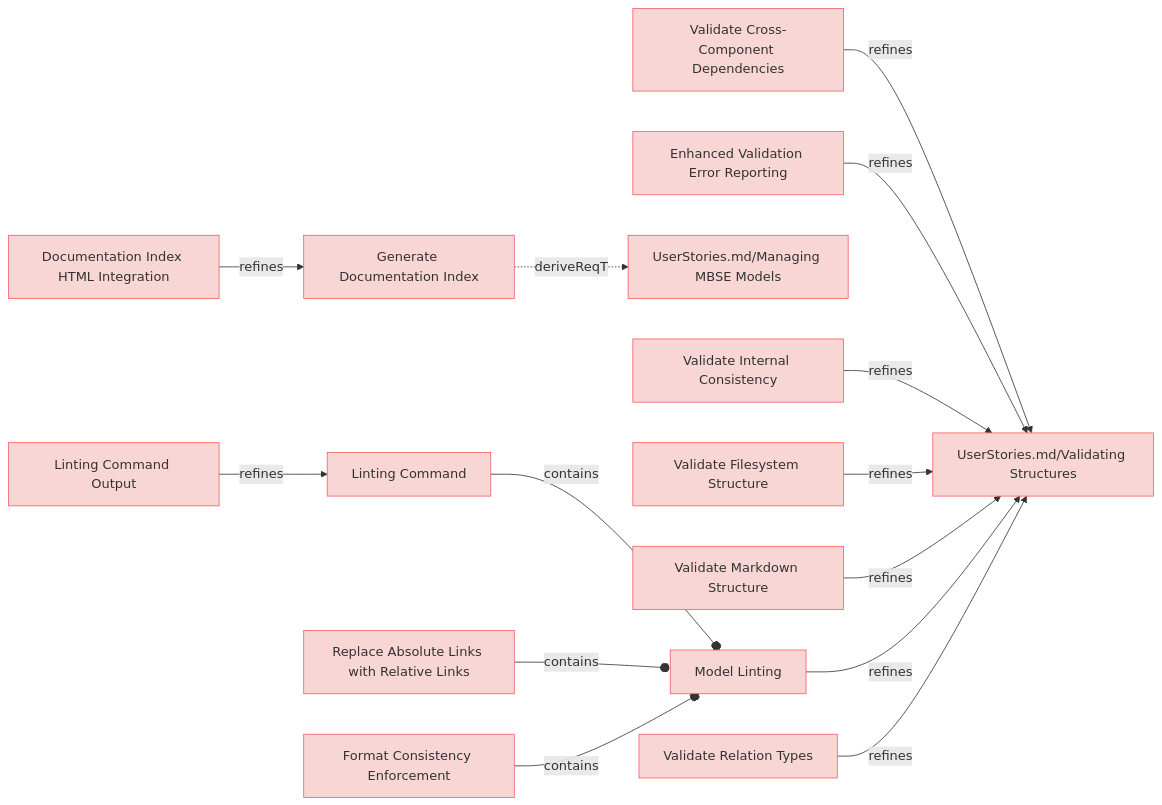
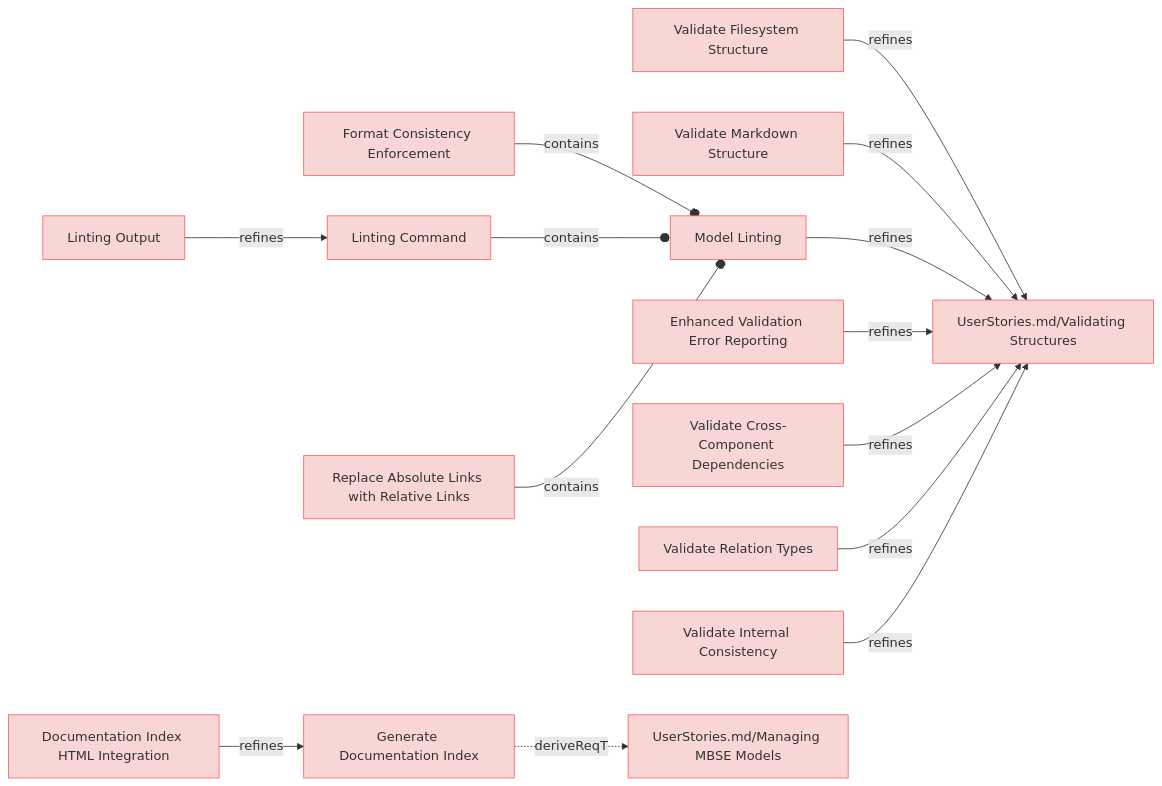
Before and after one commit to reqvire-org/reqvire: the third of 9 diagrams in specifications/UserRequirements.md, drawn with Mermaid. The commit also changed other lines of this file and 29 other files, not shown here.

````diff
--- a/specifications/UserRequirements.md
+++ b/specifications/UserRequirements.md
@@ -87,67 +87,67 @@
 ```mermaid
 graph LR;
   %% Graph styling
   classDef requirement fill:#f9d6d6,stroke:#f55f5f,stroke-width:1px;
   classDef verification fill:#d6f9d6,stroke:#5fd75f,stroke-width:1px;
   classDef externalLink fill:#d0e0ff,stroke:#3080ff,stroke-width:1px;
   classDef default fill:#f5f5f5,stroke:#333333,stroke-width:1px;
 
+  5c482dc763b4133a["Validate Filesystem Structure"];
+  class 5c482dc763b4133a requirement;
+  click 5c482dc763b4133a "UserRequirements.md#validate-filesystem-structure";
+  113748a94885138d["UserStories.md/Validating Structures"];
+  class 113748a94885138d requirement;
+  click 113748a94885138d "UserStories.md#validating-structures";
+  5c482dc763b4133a -->|refines| 113748a94885138d;
+  586b073cd97908da["Validate Markdown Structure"];
+  class 586b073cd97908da requirement;
+  click 586b073cd97908da "UserRequirements.md#validate-markdown-structure";
+  586b073cd97908da -->|refines| 113748a94885138d;
+  26fdf88d16b09109["Linting Output"];
+  class 26fdf88d16b09109 requirement;
+  click 26fdf88d16b09109 "UserRequirements.md#linting-output";
   a51179cda67cf9f2["Linting Command"];
   class a51179cda67cf9f2 requirement;
   click a51179cda67cf9f2 "UserRequirements.md#linting-command";
+  26fdf88d16b09109 -->|refines| a51179cda67cf9f2;
   7305c1d6f7f1e2b2["Model Linting"];
   class 7305c1d6f7f1e2b2 requirement;
   click 7305c1d6f7f1e2b2 "UserRequirements.md#model-linting";
+  7305c1d6f7f1e2b2 -->|refines| 113748a94885138d;
+  3b10b8811daaed67["Enhanced Validation Error Reporting"];
+  class 3b10b8811daaed67 requirement;
+  click 3b10b8811daaed67 "UserRequirements.md#enhanced-validation-error-reporting";
+  3b10b8811daaed67 -->|refines| 113748a94885138d;
+  974ccf933675ef44["Format Consistency Enforcement"];
+  class 974ccf933675ef44 requirement;
+  click 974ccf933675ef44 "UserRequirements.md#format-consistency-enforcement";
+  974ccf933675ef44 --o|contains| 7305c1d6f7f1e2b2;
+  3bd9d29239564eeb["Validate Cross-Component Dependencies"];
+  class 3bd9d29239564eeb requirement;
+  click 3bd9d29239564eeb "UserRequirements.md#validate-cross-component-dependencies";
+  3bd9d29239564eeb -->|refines| 113748a94885138d;
   a51179cda67cf9f2 --o|contains| 7305c1d6f7f1e2b2;
+  f25cbfbca6d6d92e["Validate Relation Types"];
+  class f25cbfbca6d6d92e requirement;
+  click f25cbfbca6d6d92e "UserRequirements.md#validate-relation-types";
+  f25cbfbca6d6d92e -->|refines| 113748a94885138d;
+  c50887ce89be280a["Validate Internal Consistency"];
+  class c50887ce89be280a requirement;
+  click c50887ce89be280a "UserRequirements.md#validate-internal-consistency";
+  c50887ce89be280a -->|refines| 113748a94885138d;
+  84b3d0502132adb5["Documentation Index HTML Integration"];
+  class 84b3d0502132adb5 requirement;
+  click 84b3d0502132adb5 "UserRequirements.md#documentation-index-html-integration";
+  c2b6c74b77726ad9["Generate Documentation Index"];
+  class c2b6c74b77726ad9 requirement;
+  click c2b6c74b77726ad9 "UserRequirements.md#generate-documentation-index";
+  84b3d0502132adb5 -->|refines| c2b6c74b77726ad9;
+  e61b7c1baa89bfc6["UserStories.md/Managing MBSE Models"];
+  class e61b7c1baa89bfc6 requirement;
+  click e61b7c1baa89bfc6 "UserStories.md#managing-mbse-models";
+  c2b6c74b77726ad9 -.->|deriveReqT| e61b7c1baa89bfc6;
   8dfe33c28555e80a["Replace Absolute Links with Relative Links"];
   class 8dfe33c28555e80a requirement;
   click 8dfe33c28555e80a "UserRequirements.md#replace-absolute-links-with-relative-links";
   8dfe33c28555e80a --o|contains| 7305c1d6f7f1e2b2;
-  3bd9d29239564eeb["Validate Cross-Component Dependencies"];
-  class 3bd9d29239564eeb requirement;
-  click 3bd9d29239564eeb "UserRequirements.md#validate-cross-component-dependencies";
-  113748a94885138d["UserStories.md/Validating Structures"];
-  class 113748a94885138d requirement;
-  click 113748a94885138d "UserStories.md#validating-structures";
-  3bd9d29239564eeb -->|refines| 113748a94885138d;
-  c2b6c74b77726ad9["Generate Documentation Index"];
-  class c2b6c74b77726ad9 requirement;
-  click c2b6c74b77726ad9 "UserRequirements.md#generate-documentation-index";
-  e61b7c1baa89bfc6["UserStories.md/Managing MBSE Models"];
-  class e61b7c1baa89bfc6 requirement;
-  click e61b7c1baa89bfc6 "UserStories.md#managing-mbse-models";
-  c2b6c74b77726ad9 -.->|deriveReqT| e61b7c1baa89bfc6;
-  84b3d0502132adb5["Documentation Index HTML Integration"];
-  class 84b3d0502132adb5 requirement;
-  click 84b3d0502132adb5 "UserRequirements.md#documentation-index-html-integration";
-  84b3d0502132adb5 -->|refines| c2b6c74b77726ad9;
-  974ccf933675ef44["Format Consistency Enforcement"];
-  class 974ccf933675ef44 requirement;
-  click 974ccf933675ef44 "UserRequirements.md#format-consistency-enforcement";
-  974ccf933675ef44 --o|contains| 7305c1d6f7f1e2b2;
-  3b10b8811daaed67["Enhanced Validation Error Reporting"];
-  class 3b10b8811daaed67 requirement;
-  click 3b10b8811daaed67 "UserRequirements.md#enhanced-validation-error-reporting";
-  3b10b8811daaed67 -->|refines| 113748a94885138d;
-  c50887ce89be280a["Validate Internal Consistency"];
-  class c50887ce89be280a requirement;
-  click c50887ce89be280a "UserRequirements.md#validate-internal-consistency";
-  c50887ce89be280a -->|refines| 113748a94885138d;
-  5c482dc763b4133a["Validate Filesystem Structure"];
-  class 5c482dc763b4133a requirement;
-  click 5c482dc763b4133a "UserRequirements.md#validate-filesystem-structure";
-  5c482dc763b4133a -->|refines| 113748a94885138d;
-  ec10e748b5e9516e["Linting Command Output"];
-  class ec10e748b5e9516e requirement;
-  click ec10e748b5e9516e "UserRequirements.md#linting-command-output";
-  ec10e748b5e9516e -->|refines| a51179cda67cf9f2;
-  586b073cd97908da["Validate Markdown Structure"];
-  class 586b073cd97908da requirement;
-  click 586b073cd97908da "UserRequirements.md#validate-markdown-structure";
-  586b073cd97908da -->|refines| 113748a94885138d;
-  7305c1d6f7f1e2b2 -->|refines| 113748a94885138d;
-  f25cbfbca6d6d92e["Validate Relation Types"];
-  class f25cbfbca6d6d92e requirement;
-  click f25cbfbca6d6d92e "UserRequirements.md#validate-relation-types";
-  f25cbfbca6d6d92e -->|refines| 113748a94885138d;
 ```
````
